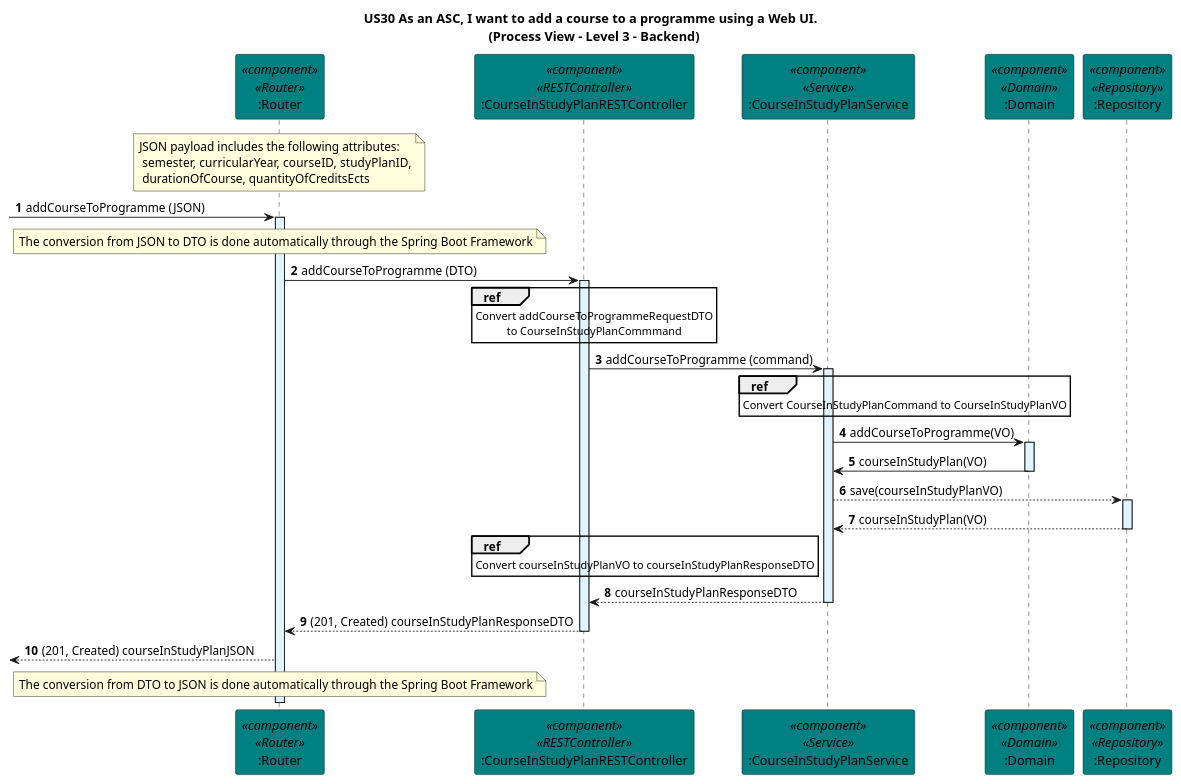
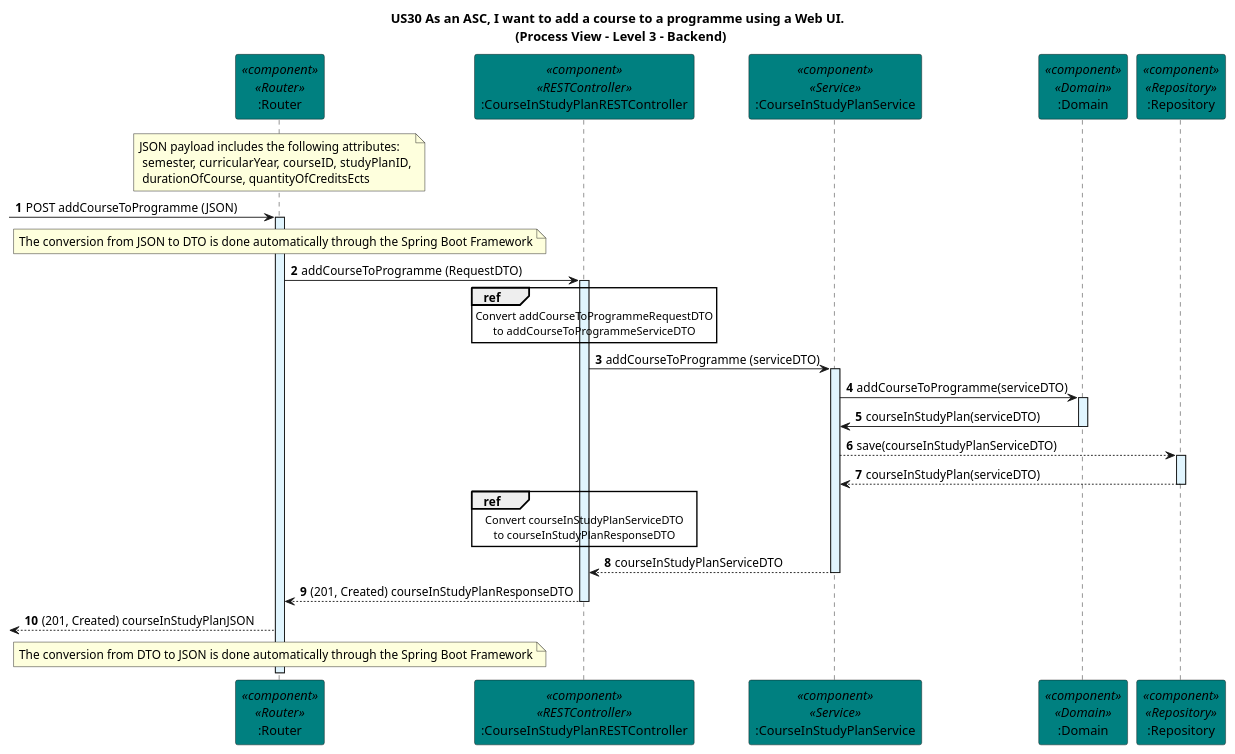
The diagram in docs/US30/Sprint_6_REST_API/Process View/Level3Granularity.puml (GasparISEP/DevOps-PAI), drawn with PlantUML before and after one commit. The commit also changed 4 other files, not shown here.

Commit message:
[docs] Refactoring Class Diagram to Scenario View Level 3 Granularity, Creating Scenario View Level 1, Updating Process View Level 3 Granularity (Ref #567, #571, #569)

```diff
--- a/docs/US30/Sprint_6_REST_API/Process View/Level3Granularity.puml
+++ b/docs/US30/Sprint_6_REST_API/Process View/Level3Granularity.puml
@@ -1,61 +1,58 @@
 @startuml
 
 title US30 As an ASC, I want to add a course to a programme using a Web UI. \n (Process View - Level 3 - Backend)
 
 autonumber
 
 participant ":Router" as router <<component>> <<Router>> #teal
 participant ":CourseInStudyPlanRESTController" as restController <<component>> <<RESTController>> #teal
 participant ":CourseInStudyPlanService" as service <<component>> <<Service>> #teal
 participant ":Domain" as domain <<component>> <<Domain>> #teal
 participant ":Repository" as repository <<component>> <<Repository>> #teal
 
 note over router: JSON payload includes the following attributes:\n semester, curricularYear, courseID, studyPlanID,\n durationOfCourse, quantityOfCreditsEcts
 
--> router: addCourseToProgramme (JSON)
+-> router: POST addCourseToProgramme (JSON)
 activate router #E1F5FE
 
 note over router: The conversion from JSON to DTO is done automatically through the Spring Boot Framework
 
-router -> restController: addCourseToProgramme (DTO)
+router -> restController: addCourseToProgramme (RequestDTO)
 activate restController #E1F5FE
 
 ref over restController
     Convert addCourseToProgrammeRequestDTO
-    to CourseInStudyPlanCommmand
+    to addCourseToProgrammeServiceDTO
 end
 
-restController -> service: addCourseToProgramme (command)
+restController -> service: addCourseToProgramme (serviceDTO)
 activate service #E1F5FE
 
-ref over service
-    Convert CourseInStudyPlanCommand to CourseInStudyPlanVO
-end
-
-service -> domain: addCourseToProgramme(VO)
+service -> domain: addCourseToProgramme(serviceDTO)
 activate domain #E1F5FE
 
-domain -> service: courseInStudyPlan(VO)
+domain -> service: courseInStudyPlan(serviceDTO)
 deactivate domain
 
-service --> repository: save(courseInStudyPlanVO)
+service --> repository: save(courseInStudyPlanServiceDTO)
 activate repository #E1F5FE
 
-repository --> service: courseInStudyPlan(VO)
+repository --> service: courseInStudyPlan(serviceDTO)
 deactivate repository
 
 ref over restController
-    Convert courseInStudyPlanVO to courseInStudyPlanResponseDTO
+    Convert courseInStudyPlanServiceDTO
+    to courseInStudyPlanResponseDTO
 end
 
-service --> restController: courseInStudyPlanResponseDTO
+service --> restController: courseInStudyPlanServiceDTO
 deactivate service
 
 restController --> router: (201, Created) courseInStudyPlanResponseDTO
 deactivate restController
 
 <-- router: (201, Created) courseInStudyPlanJSON
 
 note over router: The conversion from DTO to JSON is done automatically through the Spring Boot Framework
 
 @enduml
```
